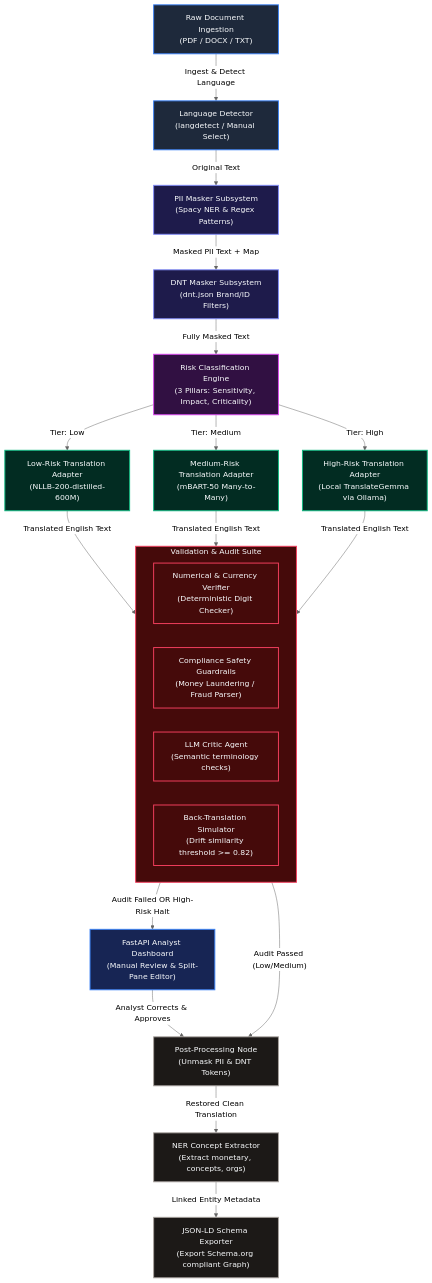
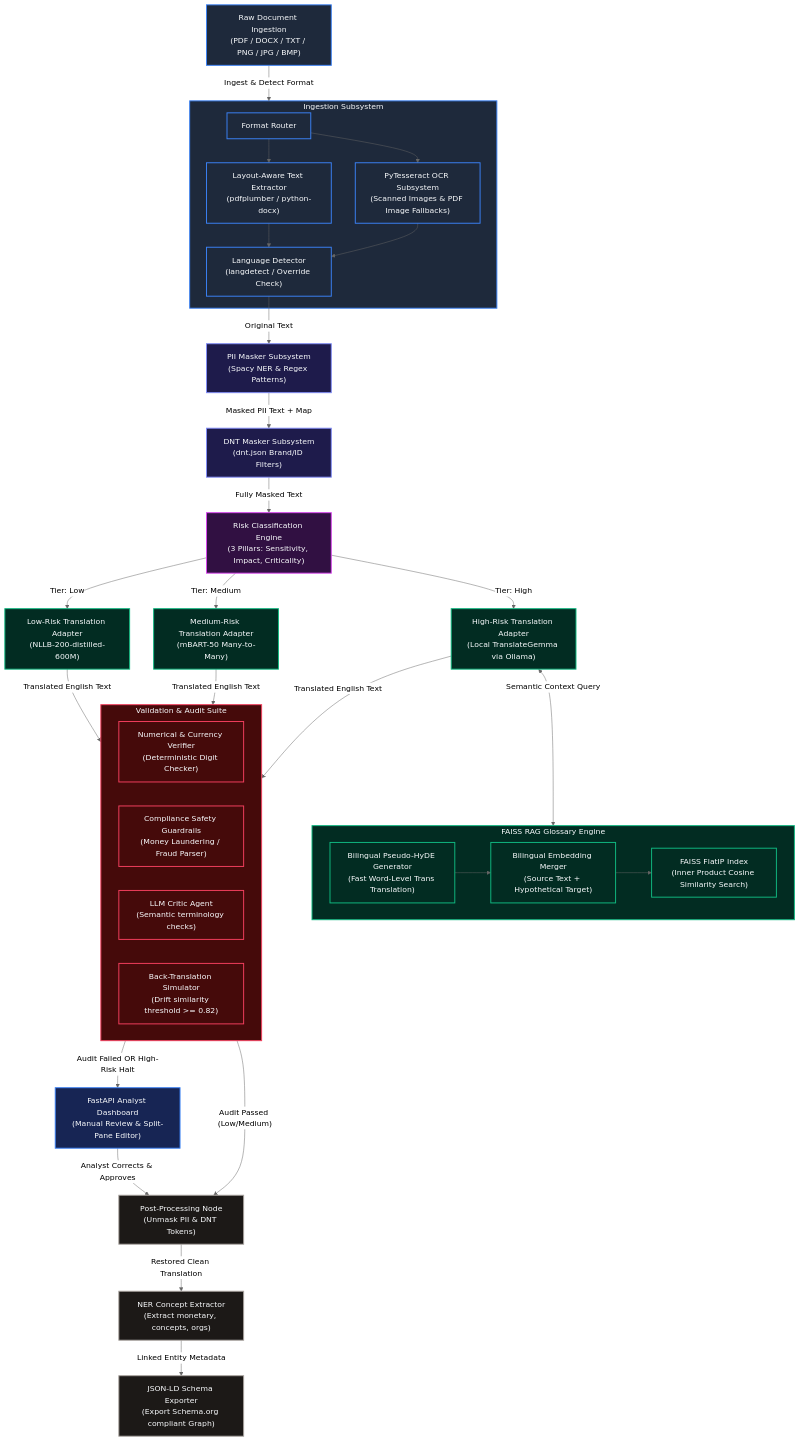
The first of 2 diagrams in functional.md (SahajaPulluru/ssis-to-python-migration), drawn with Mermaid (neutral theme) before and after one commit. The commit also changed other lines of this file, not shown here.

````diff
--- a/functional.md
+++ b/functional.md
@@ -7,55 +9,78 @@
 ```mermaid
 flowchart TD
     %% Styling
     classDef Ingestion fill:#1E293B,stroke:#3B82F6,stroke-width:2px,color:#F8FAFC;
     classDef Preprocess fill:#1e1b4b,stroke:#818cf8,stroke-width:2px,color:#F8FAFC;
     classDef RiskEngine fill:#311042,stroke:#d946ef,stroke-width:2px,color:#F8FAFC;
     classDef TransRoute fill:#022c22,stroke:#10b981,stroke-width:2px,color:#F8FAFC;
     classDef Validation fill:#450a0a,stroke:#f43f5e,stroke-width:2px,color:#F8FAFC;
     classDef Exporter fill:#1c1917,stroke:#a8a29e,stroke-width:2px,color:#F8FAFC;
     classDef UI fill:#172554,stroke:#3b82f6,stroke-width:2px,color:#F8FAFC;
 
     %% Ingestion Node
-    A["Raw Document Ingestion<br/>(PDF / DOCX / TXT)"] -->|Ingest & Detect Language| B["Language Detector<br/>(langdetect / Manual Select)"]
-    class A,B Ingestion;
+    A["Raw Document Ingestion<br/>(PDF / DOCX / TXT / PNG / JPG / BMP)"] -->|Ingest & Detect Format| B["Ingestion Parser Node"]
+    
+    subgraph B ["Ingestion Subsystem"]
+        B1["Format Router"]
+        B2["Layout-Aware Text Extractor<br/>(pdfplumber / python-docx)"]
+        B3["PyTesseract OCR Subsystem<br/>(Scanned Images & PDF Image Fallbacks)"]
+        B4["Language Detector<br/>(langdetect / Override Check)"]
+        
+        B1 --> B2
+        B1 --> B3
+        B2 & B3 --> B4
+    end
+    
+    class A Ingestion;
+    class B,B1,B2,B3,B4 Ingestion;
 
     %% Preprocessing Node
-    B -->|Original Text| C["PII Masker Subsystem<br/>(Spacy NER & Regex Patterns)"]
+    B4 -->|Original Text| C["PII Masker Subsystem<br/>(Spacy NER & Regex Patterns)"]
     C -->|Masked PII Text + Map| D["DNT Masker Subsystem<br/>(dnt.json Brand/ID Filters)"]
     class C,D Preprocess;
 
     %% Risk engine
     D -->|Fully Masked Text| E["Risk Classification Engine<br/>(3 Pillars: Sensitivity, Impact, Criticality)"]
     class E RiskEngine;
 
-    %% Tiered Routing
+    %% Tiered Routing & RAG
     E -->|Tier: Low| F["Low-Risk Translation Adapter<br/>(NLLB-200-distilled-600M)"]
     E -->|Tier: Medium| G["Medium-Risk Translation Adapter<br/>(mBART-50 Many-to-Many)"]
     E -->|Tier: High| H["High-Risk Translation Adapter<br/>(Local TranslateGemma via Ollama)"]
     class F,G,H TransRoute;
+
+    %% RAG Component
+    H <-->|Semantic Context Query| RAG["FAISS RAG Glossary Engine"]
+    subgraph RAG ["FAISS RAG Glossary Engine"]
+        R1["Bilingual Pseudo-HyDE Generator<br/>(Fast Word-Level Trans Translation)"]
+        R2["Bilingual Embedding Merger<br/>(Source Text + Hypothetical Target)"]
+        R3["FAISS FlatIP Index<br/>(Inner Product Cosine Similarity Search)"]
+        R1 --> R2 --> R3
+    end
+    class RAG,R1,R2,R3 TransRoute;
 
     %% Validation Node
     F -->|Translated English Text| I["Multi-Agent Validation Suite"]
     G -->|Translated English Text| I
     H -->|Translated English Text| I
     
     subgraph I ["Validation & Audit Suite"]
         I1["Numerical & Currency Verifier<br/>(Deterministic Digit Checker)"]
         I2["Compliance Safety Guardrails<br/>(Money Laundering / Fraud Parser)"]
         I3["LLM Critic Agent<br/>(Semantic terminology checks)"]
         I4["Back-Translation Simulator<br/>(Drift similarity threshold >= 0.82)"]
     end
     class I,I1,I2,I3,I4 Validation;
 
     %% Auditor Decisions
     I -->|"Audit Passed (Low/Medium)"| J["Post-Processing Node<br/>(Unmask PII & DNT Tokens)"]
     I -->|"Audit Failed OR High-Risk Halt"| K["FastAPI Analyst Dashboard<br/>(Manual Review & Split-Pane Editor)"]
     class J Exporter;
     class K UI;
 
     %% Review gate and export
     K -->|Analyst Corrects & Approves| J
     J -->|Restored Clean Translation| L["NER Concept Extractor<br/>(Extract monetary, concepts, orgs)"]
     L -->|Linked Entity Metadata| M["JSON-LD Schema Exporter<br/>(Export Schema.org compliant Graph)"]
     class L,M Exporter;
 ```
````
